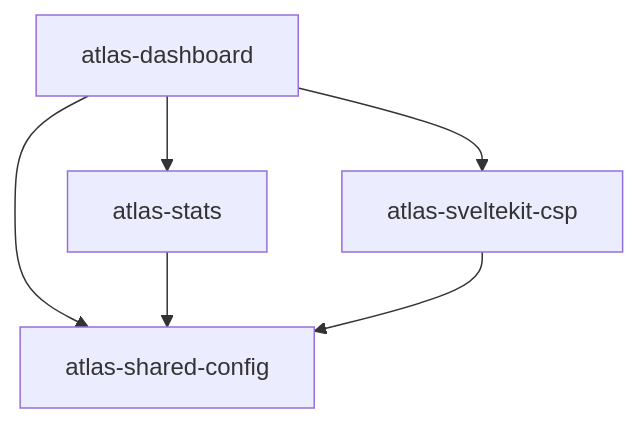
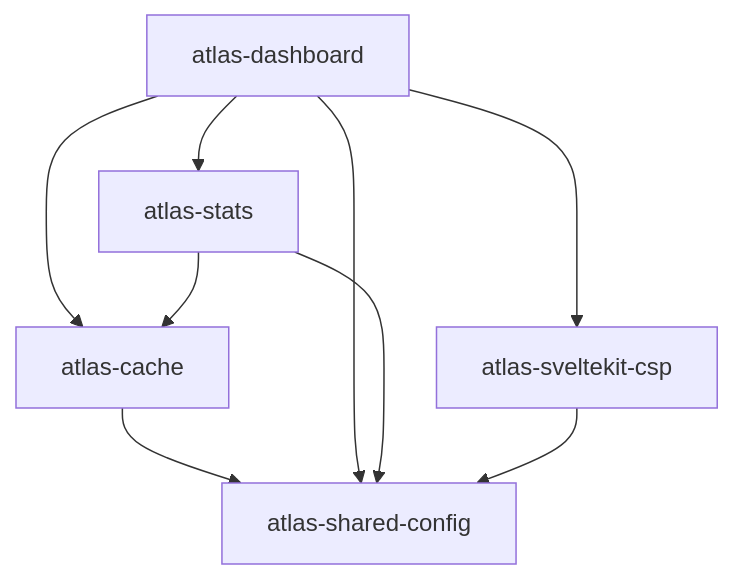
Before and after one commit to univ-lehavre/atlas: the third of 19 diagrams in docs/src/content/docs/architecture/packages.md, drawn with Mermaid. The commit also changed other lines of this file, not shown here.

First line of the commit message:
docs(cache): régénérer la carte des packages (ajout atlas-cache)

````diff
--- a/docs/src/content/docs/architecture/packages.md
+++ b/docs/src/content/docs/architecture/packages.md
@@ -254,12 +258,16 @@
 ```mermaid
 flowchart TD
+  _univ_lehavre_atlas_cache["atlas-cache"]
   _univ_lehavre_atlas_dashboard["atlas-dashboard"]
   _univ_lehavre_atlas_shared_config["atlas-shared-config"]
   _univ_lehavre_atlas_stats["atlas-stats"]
   _univ_lehavre_atlas_sveltekit_csp["atlas-sveltekit-csp"]
+  _univ_lehavre_atlas_cache --> _univ_lehavre_atlas_shared_config
+  _univ_lehavre_atlas_dashboard --> _univ_lehavre_atlas_cache
   _univ_lehavre_atlas_dashboard --> _univ_lehavre_atlas_shared_config
   _univ_lehavre_atlas_dashboard --> _univ_lehavre_atlas_stats
   _univ_lehavre_atlas_dashboard --> _univ_lehavre_atlas_sveltekit_csp
+  _univ_lehavre_atlas_stats --> _univ_lehavre_atlas_cache
   _univ_lehavre_atlas_stats --> _univ_lehavre_atlas_shared_config
   _univ_lehavre_atlas_sveltekit_csp --> _univ_lehavre_atlas_shared_config
 ```
````
